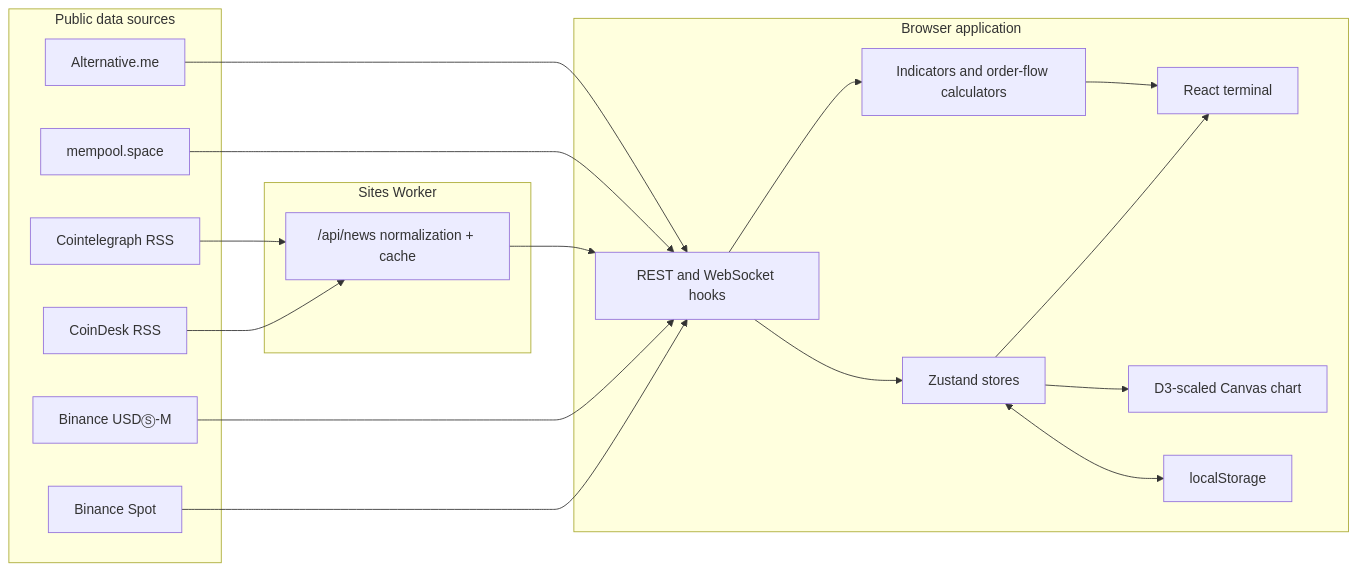
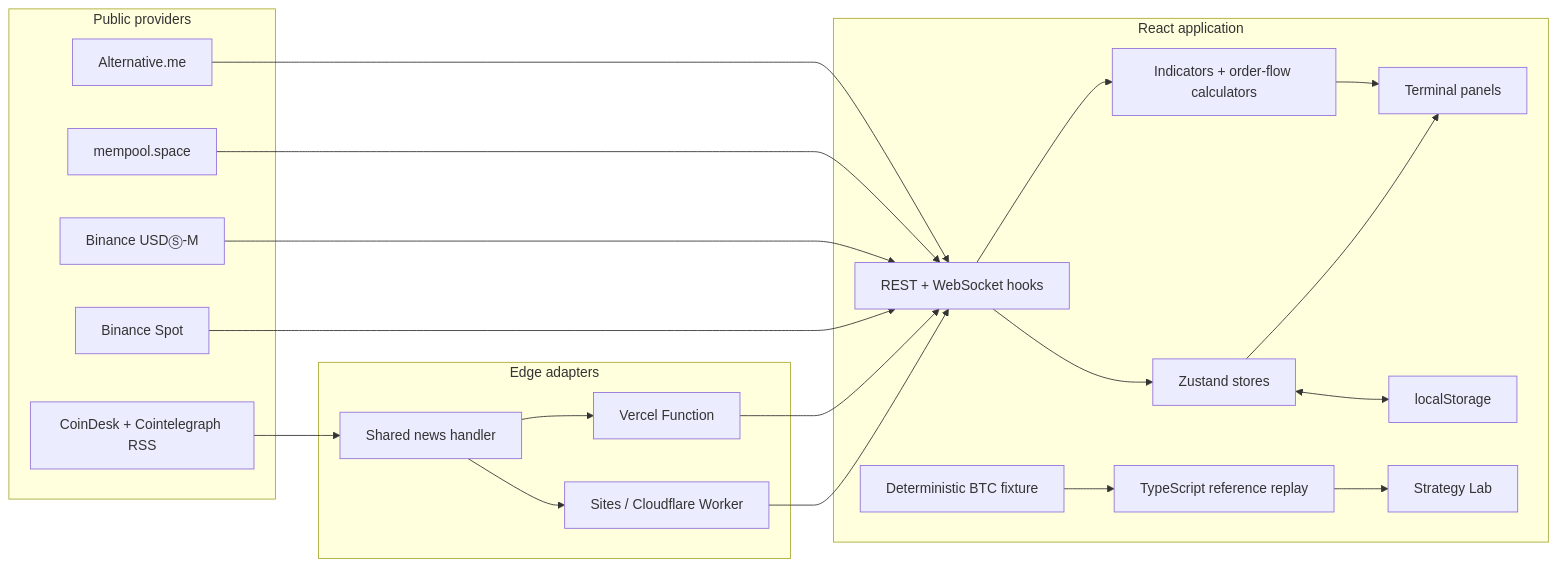
One commit to JWHaan/quant.term changed the first of 3 diagrams in ARCHITECTURE.md. Above: the diagram before and after it, drawn with Mermaid. The commit also changed other lines of this file and 165 other files, not shown here.

````diff
--- a/ARCHITECTURE.md
+++ b/ARCHITECTURE.md
@@ -7,38 +7,44 @@
-```mermaid
+~~~mermaid
 flowchart LR
-    subgraph Sources["Public data sources"]
+    subgraph Sources["Public providers"]
         BS["Binance Spot"]
         BF["Binance USDⓈ-M"]
-        CD["CoinDesk RSS"]
-        CT["Cointelegraph RSS"]
+        RSS["CoinDesk + Cointelegraph RSS"]
         MP["mempool.space"]
         FG["Alternative.me"]
     end
 
-    subgraph Edge["Sites Worker"]
-        News["/api/news normalization + cache"]
+    subgraph Edge["Edge adapters"]
+        News["Shared news handler"]
+        Sites["Sites / Cloudflare Worker"]
+        Vercel["Vercel Function"]
     end
 
-    subgraph Browser["Browser application"]
-        Feeds["REST and WebSocket hooks"]
+    subgraph Browser["React application"]
+        Feeds["REST + WebSocket hooks"]
         Stores["Zustand stores"]
-        Calc["Indicators and order-flow calculators"]
-        UI["React terminal"]
-        Chart["D3-scaled Canvas chart"]
+        Calc["Indicators + order-flow calculators"]
+        UI["Terminal panels"]
         Local["localStorage"]
+        Lab["Strategy Lab"]
+        TSReplay["TypeScript reference replay"]
+        Fixture["Deterministic BTC fixture"]
     end
 
+    RSS --> News
+    News --> Sites
+    News --> Vercel
+    Sites --> Feeds
+    Vercel --> Feeds
     BS --> Feeds
     BF --> Feeds
-    CD --> News
-    CT --> News
-    News --> Feeds
     MP --> Feeds
     FG --> Feeds
     Feeds --> Stores
     Feeds --> Calc
     Stores --> UI
     Calc --> UI
-    Stores --> Chart
     Stores <--> Local
-```
+    Fixture --> TSReplay
+    TSReplay --> Lab
+~~~
````
